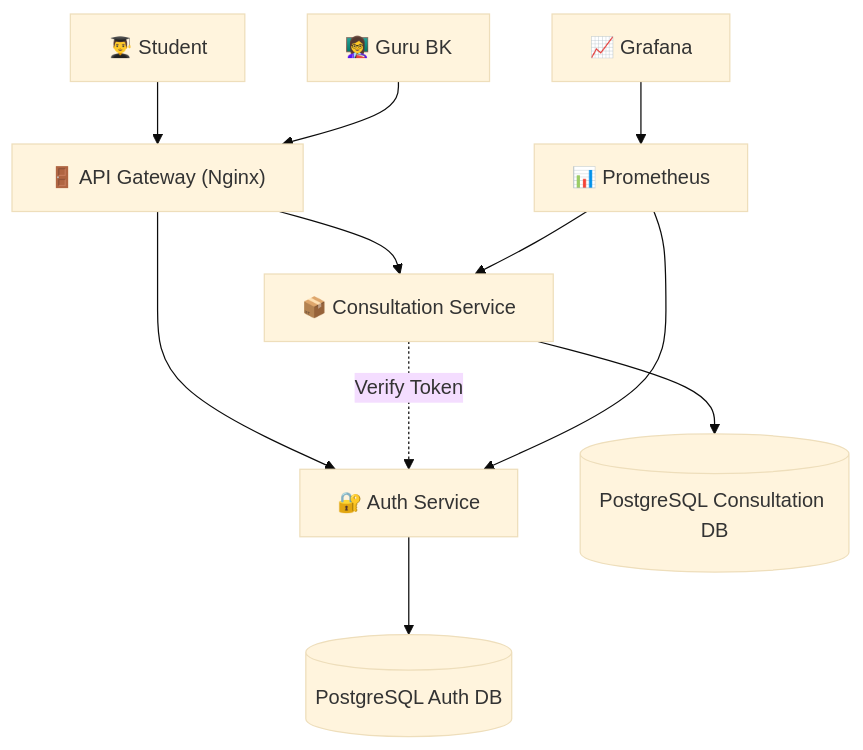
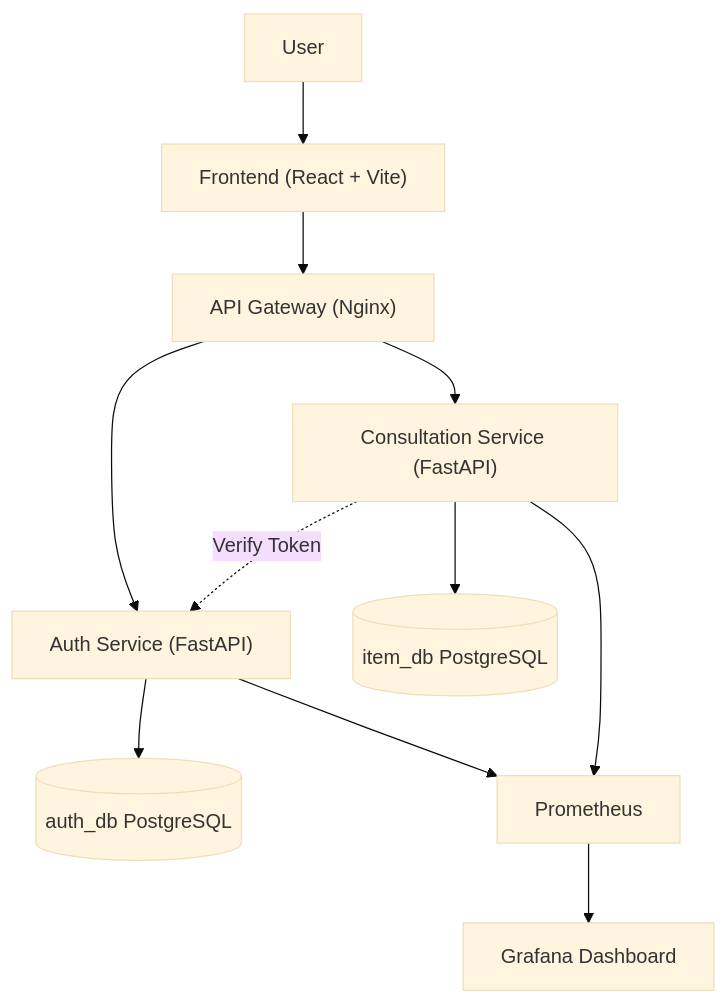
One commit to aidilsaputrakirsan-classroom/cc-kelompok-a-suksesss changed the diagram in README.md. Above: the diagram before and after it, drawn with Mermaid (base theme). The commit also changed other lines of this file and 44 other files, not shown here.

````diff
--- a/README.md
+++ b/README.md
@@ -137,41 +72,22 @@
 ```mermaid
 flowchart TD
 
-USER["👨‍🎓 Student"]
+USER["User"]
 
-BK["👩‍🏫 Guru BK"]
+USER --> FE["Frontend (React + Vite)"]
 
-GW["🚪 API Gateway (Nginx)"]
+FE --> GW["API Gateway (Nginx)"]
 
-AUTH["🔐 Auth Service"]
+GW --> AUTH["Auth Service (FastAPI)"]
+GW --> ITEM["Consultation Service (FastAPI)"]
 
-ITEM["📦 Consultation Service"]
-
-ADB[("PostgreSQL Auth DB")]
-
-IDB[("PostgreSQL Consultation DB")]
-
-PROM["📊 Prometheus"]
-
-GRAF["📈 Grafana"]
-
-USER --> GW
-
-BK --> GW
-
-GW --> AUTH
-
-GW --> ITEM
-
-AUTH --> ADB
-
-ITEM --> IDB
+AUTH --> AUTHDB[("auth_db PostgreSQL")]
+ITEM --> ITEMDB[("item_db PostgreSQL")]
 
 ITEM -. Verify Token .-> AUTH
 
-PROM --> AUTH
+AUTH --> PROM["Prometheus"]
+ITEM --> PROM
 
-PROM --> ITEM
-
-GRAF --> PROM
+PROM --> GRAF["Grafana Dashboard"]
 ```
````
